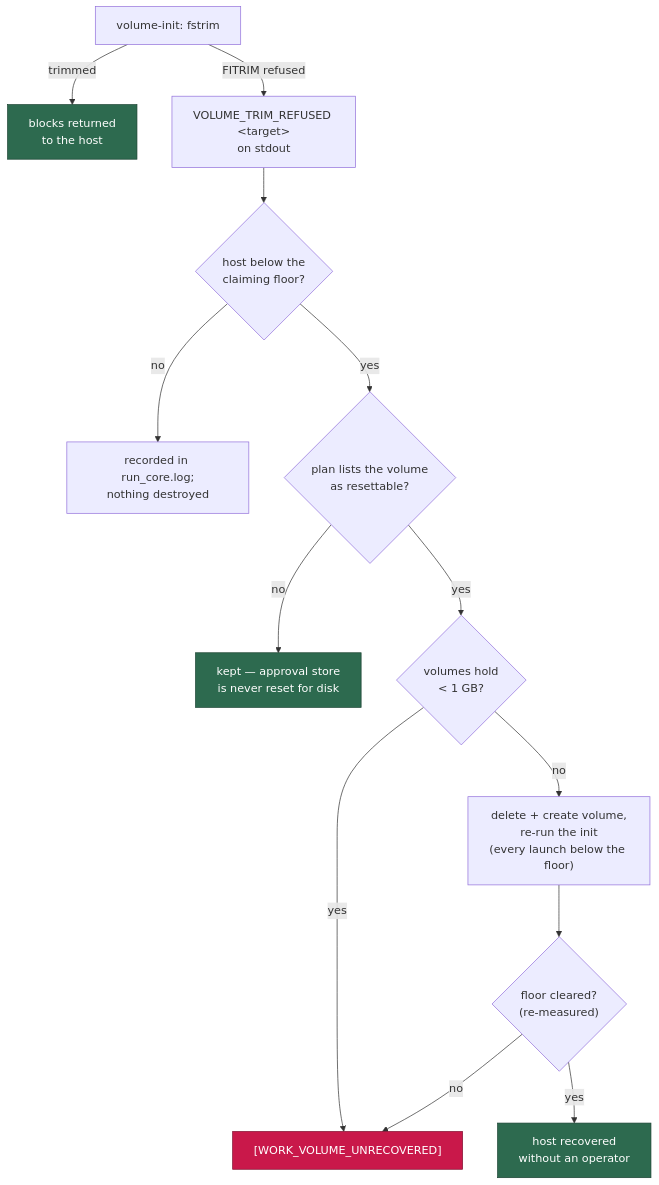
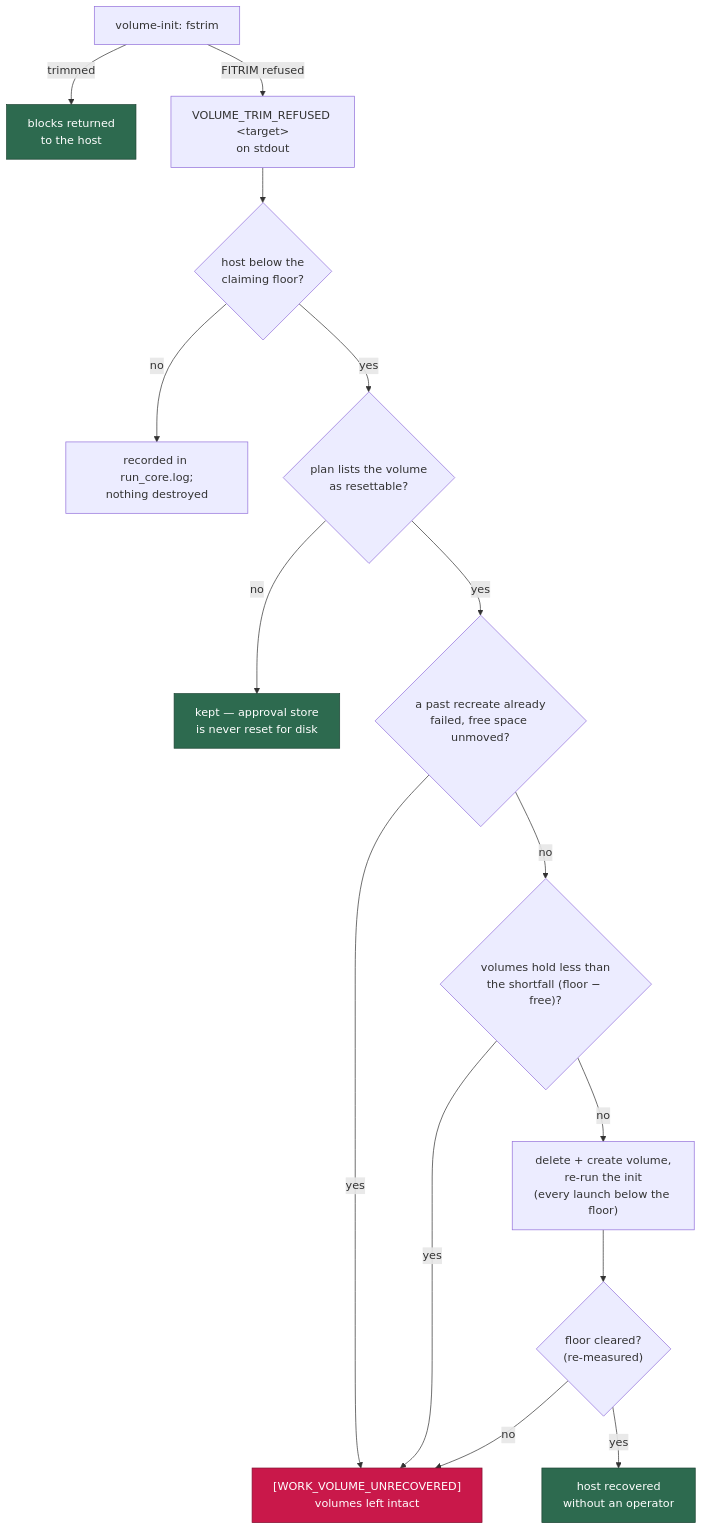
One commit to stSoftwareAU/VibeCoder changed diagram 13 of 22 in docs/CONTAINER.md. Above: the diagram before and after it, drawn with Mermaid. The commit also changed other lines of this file and 2 other files, not shown here.

First line of the commit message:
Recreate the work volume only when it holds the host's missing space (Issue #2313)

````diff
--- a/docs/CONTAINER.md
+++ b/docs/CONTAINER.md
@@ -1315,19 +1332,21 @@
 ```mermaid
 flowchart TD
     I["volume-init: fstrim"] -->|"trimmed"| OK["blocks returned<br/>to the host"]
     I -->|"FITRIM refused"| R["VOLUME_TRIM_REFUSED &lt;target&gt;<br/>on stdout"]
     R --> G{"host below the<br/>claiming floor?"}
     G -->|"no"| N["recorded in run_core.log;<br/>nothing destroyed"]
     G -->|"yes"| P{"plan lists the volume<br/>as resettable?"}
     P -->|"no"| K["kept — approval store<br/>is never reset for disk"]
-    P -->|"yes"| S{"volumes hold<br/>&lt; 1 GB?"}
-    S -->|"yes"| E["[WORK_VOLUME_UNRECOVERED]"]
+    P -->|"yes"| U{"a past recreate already<br/>failed, free space unmoved?"}
+    U -->|"yes"| E["[WORK_VOLUME_UNRECOVERED]<br/>volumes left intact"]
+    U -->|"no"| S{"volumes hold less than<br/>the shortfall (floor − free)?"}
+    S -->|"yes"| E
     S -->|"no"| D["delete + create volume,<br/>re-run the init<br/>(every launch below the floor)"]
     D --> M{"floor cleared?<br/>(re-measured)"}
     M -->|"yes"| H["host recovered<br/>without an operator"]
     M -->|"no"| E
     style OK fill:#2d6a4f,stroke:#1b4332,color:#fff
     style H fill:#2d6a4f,stroke:#1b4332,color:#fff
     style E fill:#c9184a,stroke:#800f2f,color:#fff
     style K fill:#2d6a4f,stroke:#1b4332,color:#fff
 ```
````
